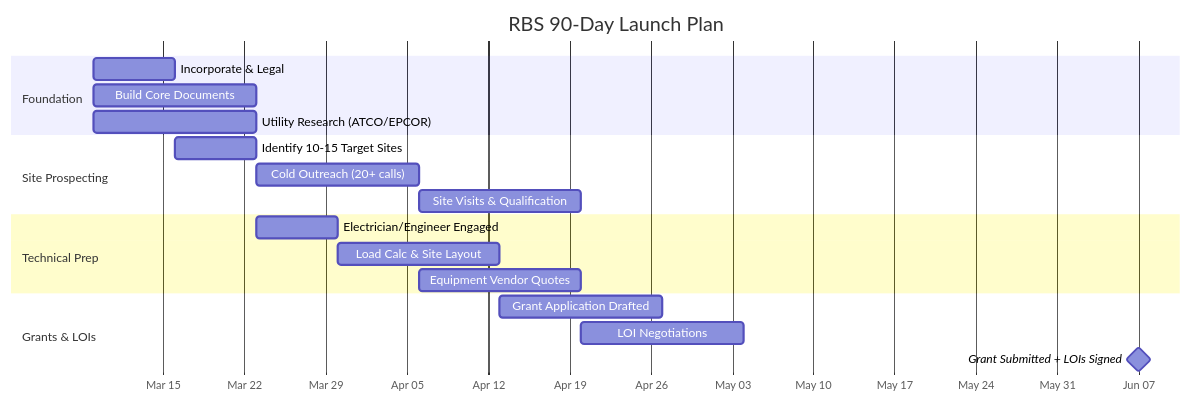
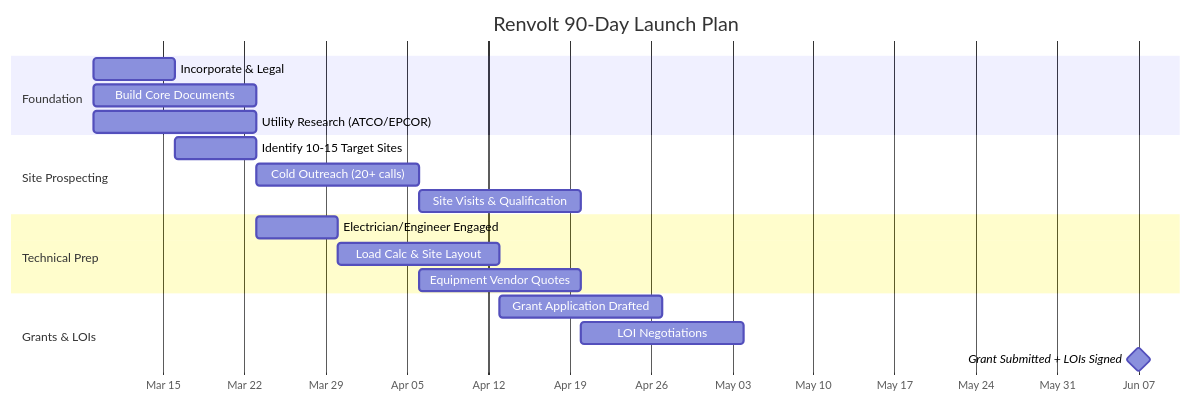
One commit to tevanswitzer-netizen/renvolt-landing changed the diagram in docs/Research and Development/Launch-Planning/90-Day-Launch-Playbook-v2.md. Above: the diagram before and after it, drawn with Mermaid. The commit also changed other lines of this file and 77 other files, not shown here.

````diff
--- a/docs/Research and Development/Launch-Planning/90-Day-Launch-Playbook-v2.md
+++ b/docs/Research and Development/Launch-Planning/90-Day-Launch-Playbook-v2.md
@@ -29,26 +29,26 @@
 ```mermaid
 gantt
-    title RBS 90-Day Launch Plan
+    title Renvolt 90-Day Launch Plan
     dateFormat  YYYY-MM-DD
     axisFormat  %b %d
 
     section Foundation
     Incorporate & Legal           :a1, 2026-03-09, 7d
     Build Core Documents          :a2, 2026-03-09, 14d
     Utility Research (ATCO/EPCOR) :a3, 2026-03-09, 14d
 
     section Site Prospecting
     Identify 10-15 Target Sites   :b1, 2026-03-16, 7d
     Cold Outreach (20+ calls)     :b2, 2026-03-23, 14d
     Site Visits & Qualification   :b3, 2026-04-06, 14d
 
     section Technical Prep
     Electrician/Engineer Engaged  :c1, 2026-03-23, 7d
     Load Calc & Site Layout       :c2, 2026-03-30, 14d
     Equipment Vendor Quotes       :c3, 2026-04-06, 14d
 
     section Grants & LOIs
     Grant Application Drafted     :d1, 2026-04-13, 14d
     LOI Negotiations              :d2, 2026-04-20, 14d
     Grant Submitted + LOIs Signed :milestone, d3, 2026-06-07, 0d
 ```
````
